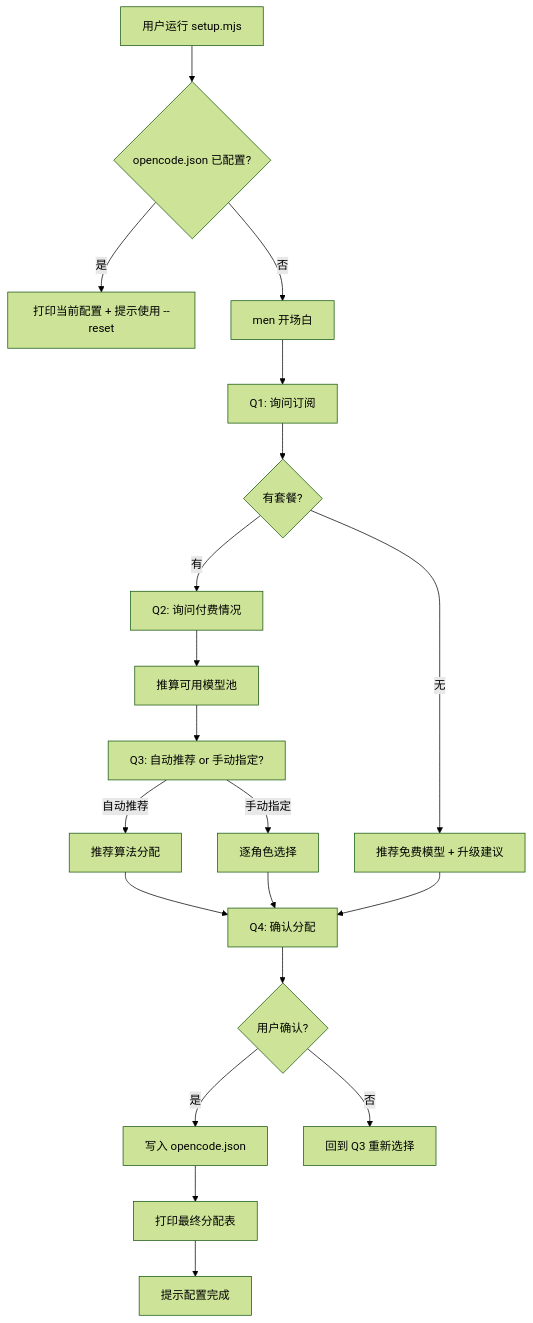
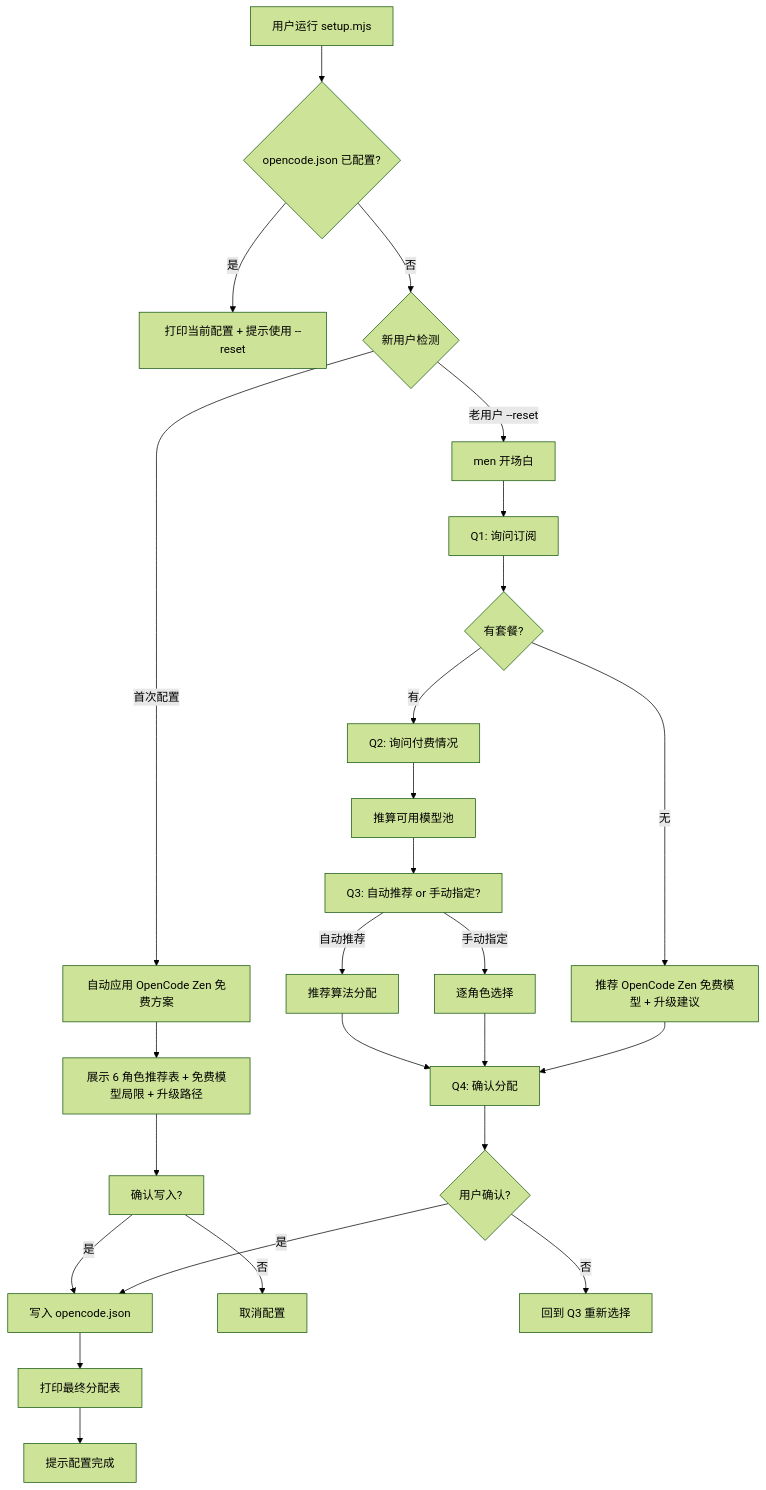
One commit to cgartlab/men changed the diagram in docs/guide/onboarding-design.md. Above: the diagram before and after it, drawn with Mermaid (forest theme). The commit also changed other lines of this file and 3 other files, not shown here.

First line of the commit message:
feat(models): 新用户默认 OpenCode Zen 免费模型 + 自动引导

````diff
--- a/docs/guide/onboarding-design.md
+++ b/docs/guide/onboarding-design.md
@@ -23,22 +23,28 @@
 ```mermaid
 flowchart TD
     A[用户运行 setup.mjs] --> B{opencode.json 已配置?}
     B -->|是| C[打印当前配置 + 提示使用 --reset]
-    B -->|否| D[men 开场白]
-    D --> E[Q1: 询问订阅]
-    E --> F{有套餐?}
+    B -->|否| D{新用户检测}
+    D -->|首次配置| D1[自动应用 OpenCode Zen 免费方案]
+    D1 --> D2[展示 6 角色推荐表 + 免费模型局限 + 升级路径]
+    D2 --> D3[确认写入?]
+    D3 -->|是| O[写入 opencode.json]
+    D3 -->|否| D4[取消配置]
+    D -->|老用户 --reset| E[men 开场白]
+    E --> E1[Q1: 询问订阅]
+    E1 --> F{有套餐?}
     F -->|有| G[Q2: 询问付费情况]
-    F -->|无| H[推荐免费模型 + 升级建议]
+    F -->|无| H[推荐 OpenCode Zen 免费模型 + 升级建议]
     G --> I[推算可用模型池]
     I --> J[Q3: 自动推荐 or 手动指定?]
     J -->|自动推荐| K[推荐算法分配]
     J -->|手动指定| L[逐角色选择]
     K --> M[Q4: 确认分配]
     L --> M
     H --> M
     M --> N{用户确认?}
-    N -->|是| O[写入 opencode.json]
+    N -->|是| O
     N -->|否| P[回到 Q3 重新选择]
     O --> Q[打印最终分配表]
     Q --> R[提示配置完成]
 ```
````
